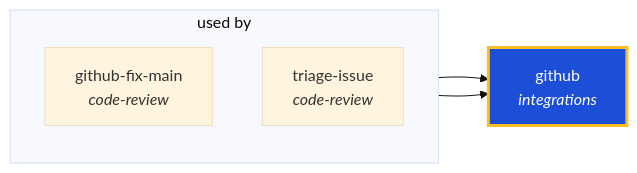
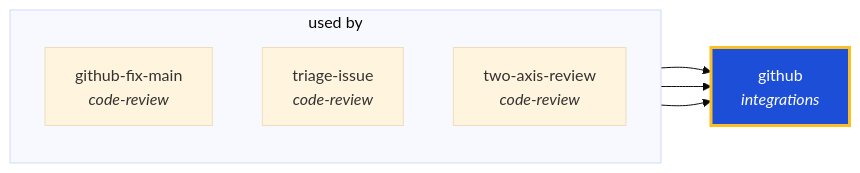
One commit to ThePlenkov/skills changed the diagram in docs/graphs/generated/github.md. Above: the diagram before and after it, drawn with Mermaid (base theme). The commit also changed other lines of this file and 76 other files, not shown here.

````diff
--- a/docs/graphs/generated/github.md
+++ b/docs/graphs/generated/github.md
@@ -22,15 +22,17 @@
 ```mermaid
 graph LR
   github["github<br/><i>integrations</i>"]
   classDef center fill:#1d4ed8,stroke:#fbbf24,stroke-width:3px,color:#fff
   class github center
 
   subgraph sg_used_by["used by"]
     direction TB
     github_fix_main["github-fix-main<br/><i>code-review</i>"]
     triage_issue["triage-issue<br/><i>code-review</i>"]
+    two_axis_review["two-axis-review<br/><i>code-review</i>"]
   end
   github_fix_main --> github
   triage_issue --> github
+  two_axis_review --> github
 
 ```
````
